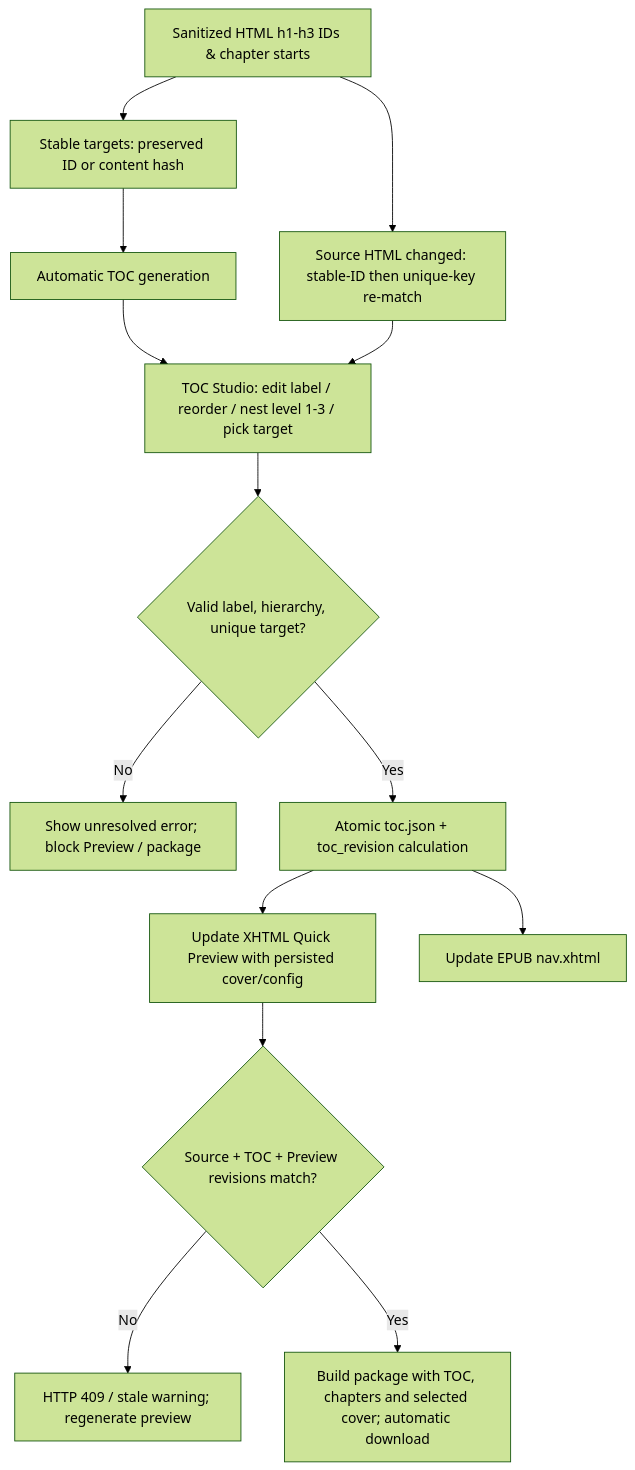
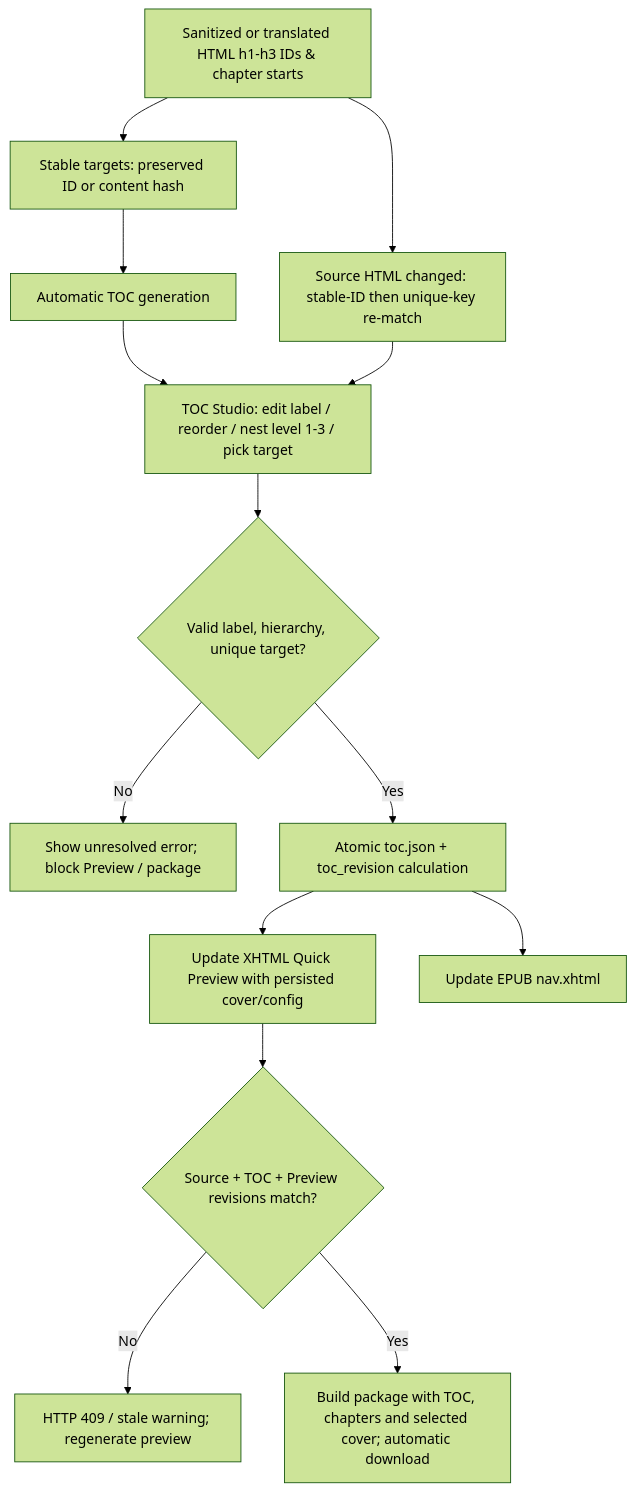
One commit to anuwatm/pdf-ocr-studio changed the ninth of 10 diagrams in readme.md. Above: the diagram before and after it, drawn with Mermaid (forest theme). The commit also changed other lines of this file and 62 other files, not shown here.

````diff
--- a/readme.md
+++ b/readme.md
@@ -393,16 +406,16 @@
 ```mermaid
 flowchart TD
-    HTML["Sanitized HTML h1-h3 IDs & chapter starts"] --> Targets["Stable targets: preserved ID or content hash"]
+    HTML["Sanitized or translated HTML h1-h3 IDs & chapter starts"] --> Targets["Stable targets: preserved ID or content hash"]
     Targets --> Auto["Automatic TOC generation"]
     Auto --> Editor["TOC Studio: edit label / reorder / nest level 1-3 / pick target"]
     Editor --> Validate{"Valid label, hierarchy, unique target?"}
     Validate -->|No| Unresolved["Show unresolved error; block Preview / package"]
     Validate -->|Yes| Save["Atomic toc.json + toc_revision calculation"]
     HTML --> Rematch["Source HTML changed: stable-ID then unique-key re-match"]
     Rematch --> Editor
     Save --> Preview["Update XHTML Quick Preview with persisted cover/config"]
     Save --> Nav["Update EPUB nav.xhtml"]
     Preview --> Guard{"Source + TOC + Preview revisions match?"}
     Guard -->|No| Stale9["HTTP 409 / stale warning; regenerate preview"]
     Guard -->|Yes| Package9["Build package with TOC, chapters and selected cover; automatic download"]
 ```
````
